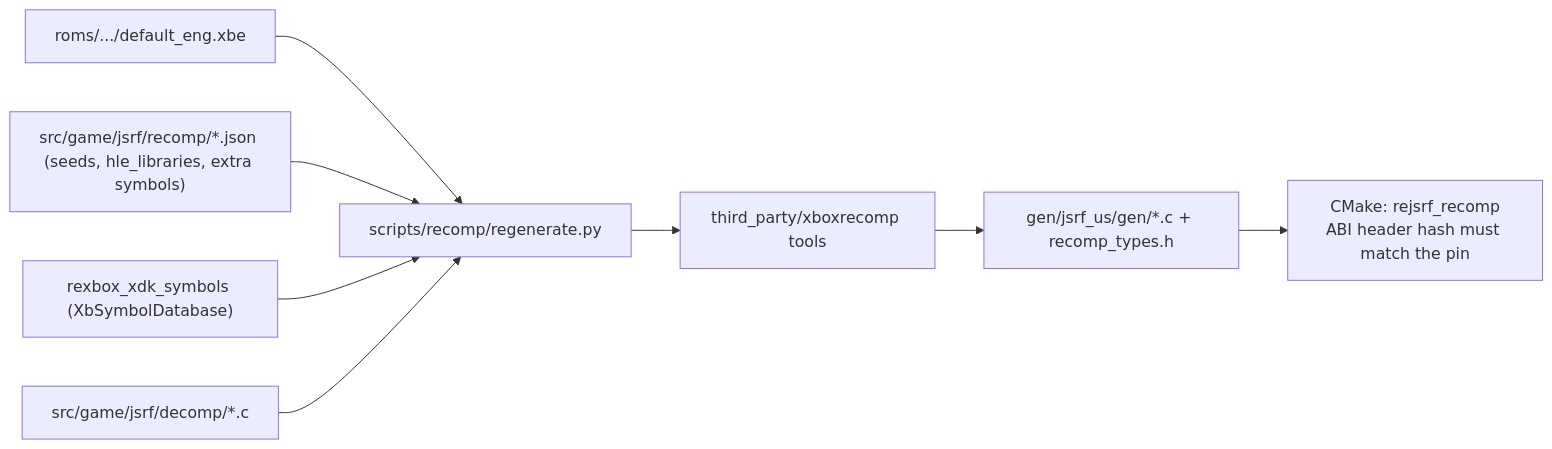
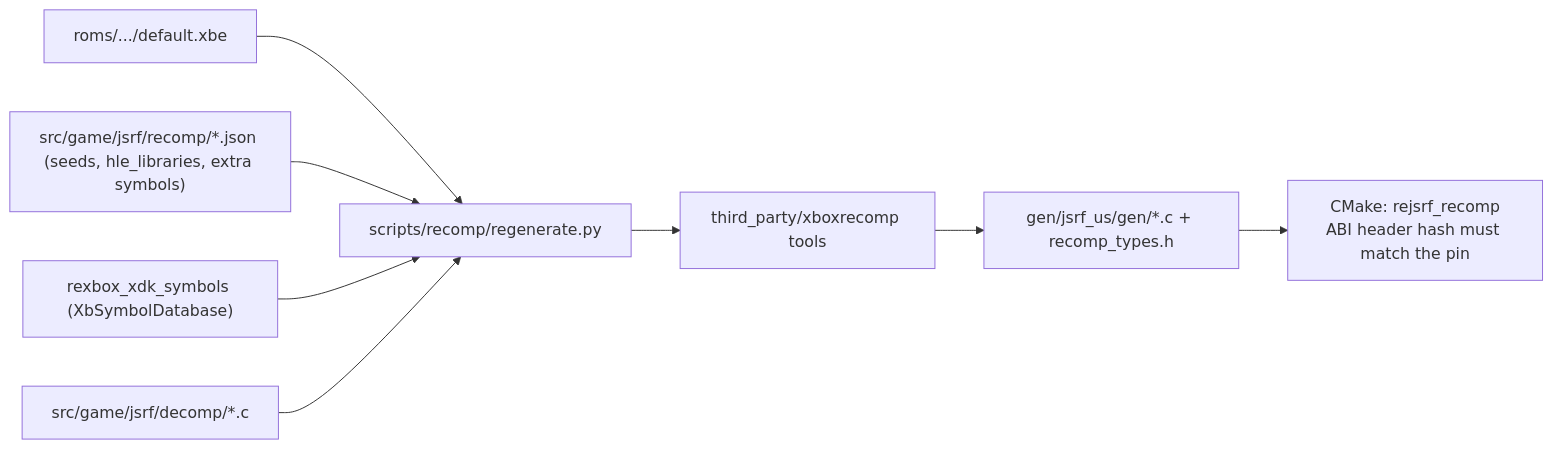
One commit to nworkers/reJSRF changed the second of 3 diagrams in ARCHITECTURE.md. Above: the diagram before and after it, drawn with Mermaid. The commit also changed other lines of this file and 30 other files, not shown here.

First line of the commit message:
v0.0.14: default.xbe from the game directory, --xbe, US MD5 check in the recomp scripts (#36)

````diff
--- a/ARCHITECTURE.md
+++ b/ARCHITECTURE.md
@@ -104,10 +104,10 @@
 ```mermaid
 flowchart LR
-    XBE["roms/.../default_eng.xbe"] --> REGEN["scripts/recomp/regenerate.py"]
+    XBE["roms/.../default.xbe"] --> REGEN["scripts/recomp/regenerate.py"]
     SEEDS["src/game/jsrf/recomp/*.json (seeds, hle_libraries, extra symbols)"] --> REGEN
     SYM["rexbox_xdk_symbols (XbSymbolDatabase)"] --> REGEN
     DECOMP["src/game/jsrf/decomp/*.c"] --> REGEN
     REGEN --> TOOLS["third_party/xboxrecomp tools"]
     TOOLS --> GEN["gen/jsrf_us/gen/*.c + recomp_types.h"]
     GEN --> CMAKE["CMake: rejsrf_recomp<br/>ABI header hash must match the pin"]
 ```
````
